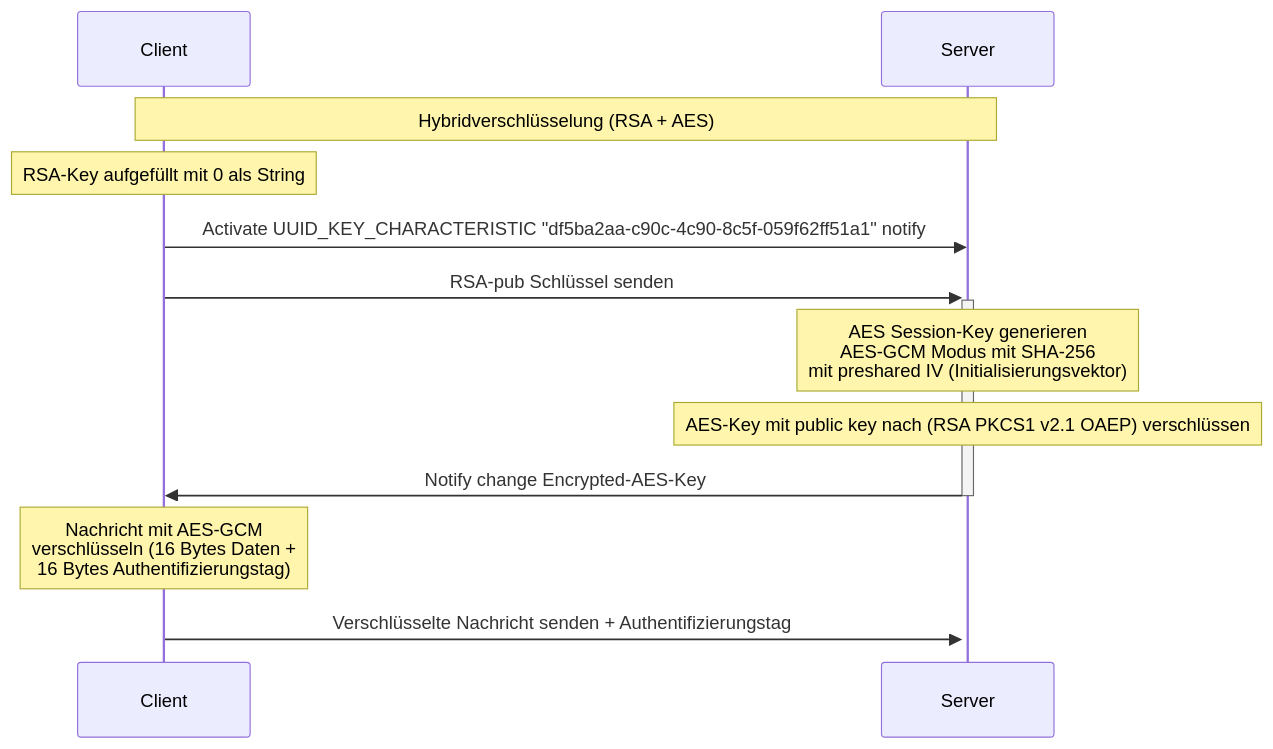
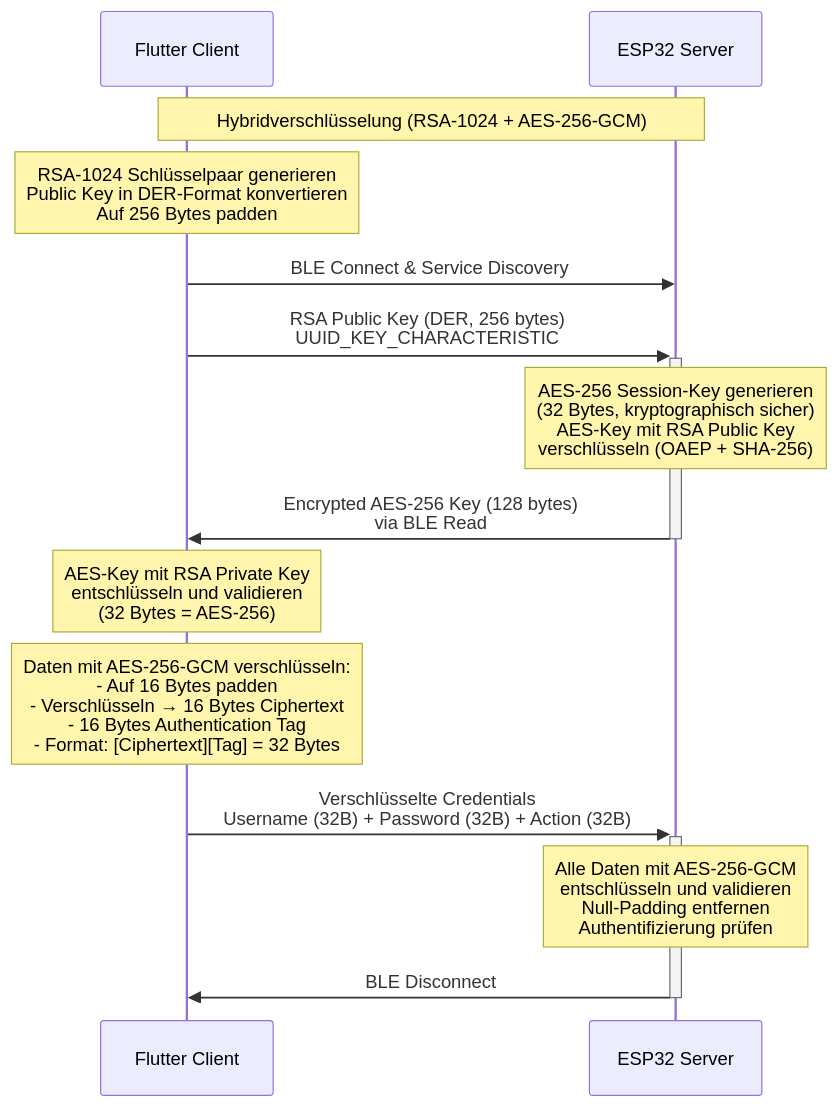
Before and after one commit to Bastindo/BLEDoorLock: the diagram in Hybrid-Encription-DE.md, drawn with Mermaid. The commit also changed other lines of this file and 8 other files, not shown here.

````diff
--- a/Hybrid-Encription-DE.md
+++ b/Hybrid-Encription-DE.md
@@ -11,24 +370,27 @@
 ```mermaid
 sequenceDiagram
-    participant C as Client
-    participant S as Server
+    participant C as Flutter Client
+    participant S as ESP32 Server
 
-    Note over C,S: Hybridverschlüsselung (RSA + AES)
+    Note over C,S: Hybridverschlüsselung (RSA-1024 + AES-256-GCM)
 
-    Note over C:  RSA-Key aufgefüllt mit 0 als String
+    Note over C: RSA-1024 Schlüsselpaar generieren<br/>Public Key in DER-Format konvertieren<br/>Auf 256 Bytes padden
 
-    C->>S: Activate UUID_KEY_CHARACTERISTIC "df5ba2aa-c90c-4c90-8c5f-059f62ff51a1" notify
+    C->>S: BLE Connect & Service Discovery
 
-    C->>+S: RSA-pub Schlüssel senden
+    C->>+S: RSA Public Key (DER, 256 bytes)<br/>UUID_KEY_CHARACTERISTIC
 
-    Note over S: AES Session-Key generieren<br/>AES-GCM Modus mit SHA-256<br/>mit preshared IV (Initialisierungsvektor)
-    Note over S: AES-Key mit public key nach (RSA PKCS1 v2.1 OAEP) verschlüssen
+    Note over S: AES-256 Session-Key generieren<br/>(32 Bytes, kryptographisch sicher)<br/>AES-Key mit RSA Public Key<br/>verschlüsseln (OAEP + SHA-256)
 
-    S->>-C: Notify change Encrypted-AES-Key
+    S->>-C: Encrypted AES-256 Key (128 bytes)<br/>via BLE Read
 
+    Note over C: AES-Key mit RSA Private Key<br/>entschlüsseln und validieren<br/>(32 Bytes = AES-256)
 
+    Note over C: Daten mit AES-256-GCM verschlüsseln:<br/>- Auf 16 Bytes padden<br/>- Verschlüsseln → 16 Bytes Ciphertext<br/>- 16 Bytes Authentication Tag<br/>- Format: [Ciphertext][Tag] = 32 Bytes
 
-    Note over C: Nachricht mit AES-GCM<br/>verschlüsseln (16 Bytes Daten +<br/>16 Bytes Authentifizierungstag)
+    C->>+S: Verschlüsselte Credentials<br/>Username (32B) + Password (32B) + Action (32B)
 
-    C->>+S: Verschlüsselte Nachricht senden +  Authentifizierungstag
+    Note over S: Alle Daten mit AES-256-GCM<br/>entschlüsseln und validieren<br/>Null-Padding entfernen<br/>Authentifizierung prüfen
+
+    S->>-C: BLE Disconnect
 ```
````
